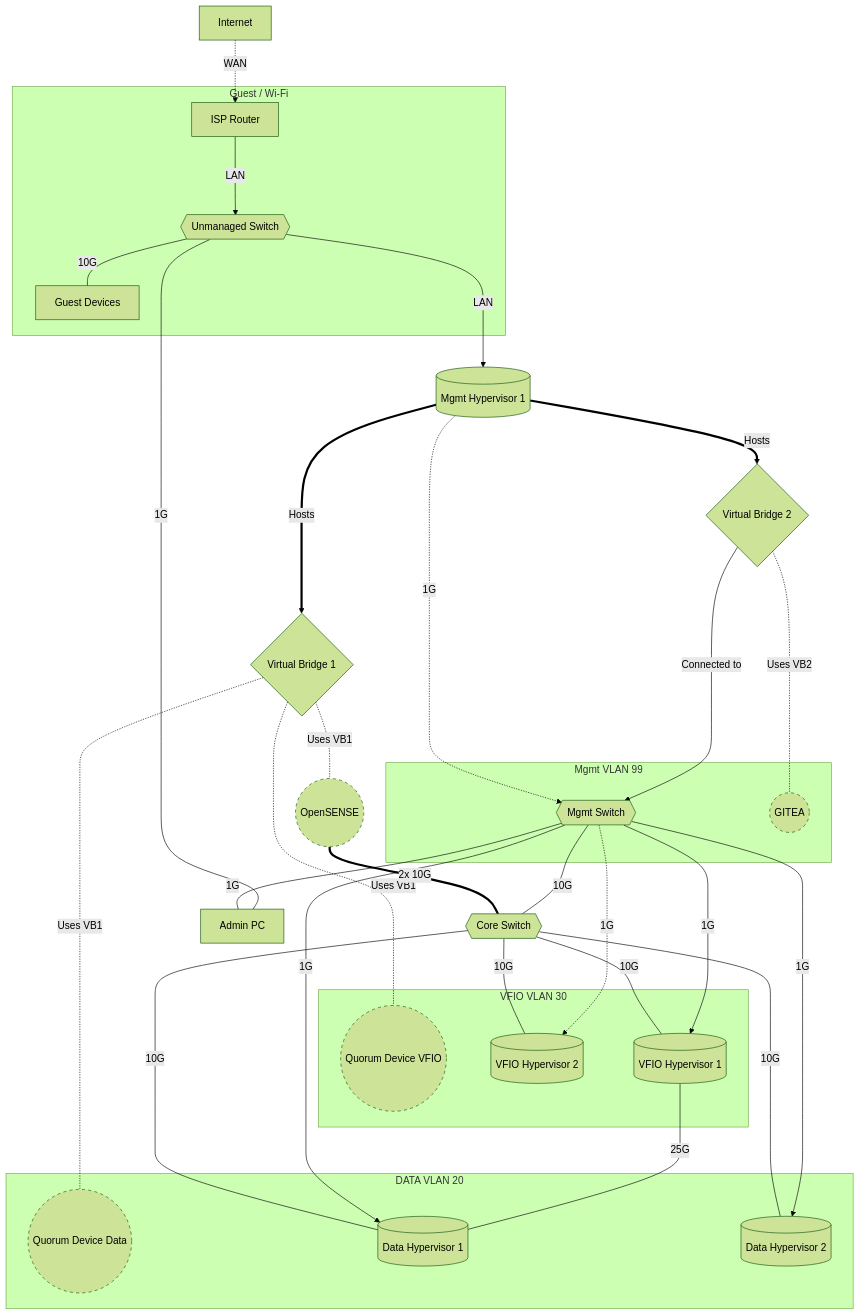
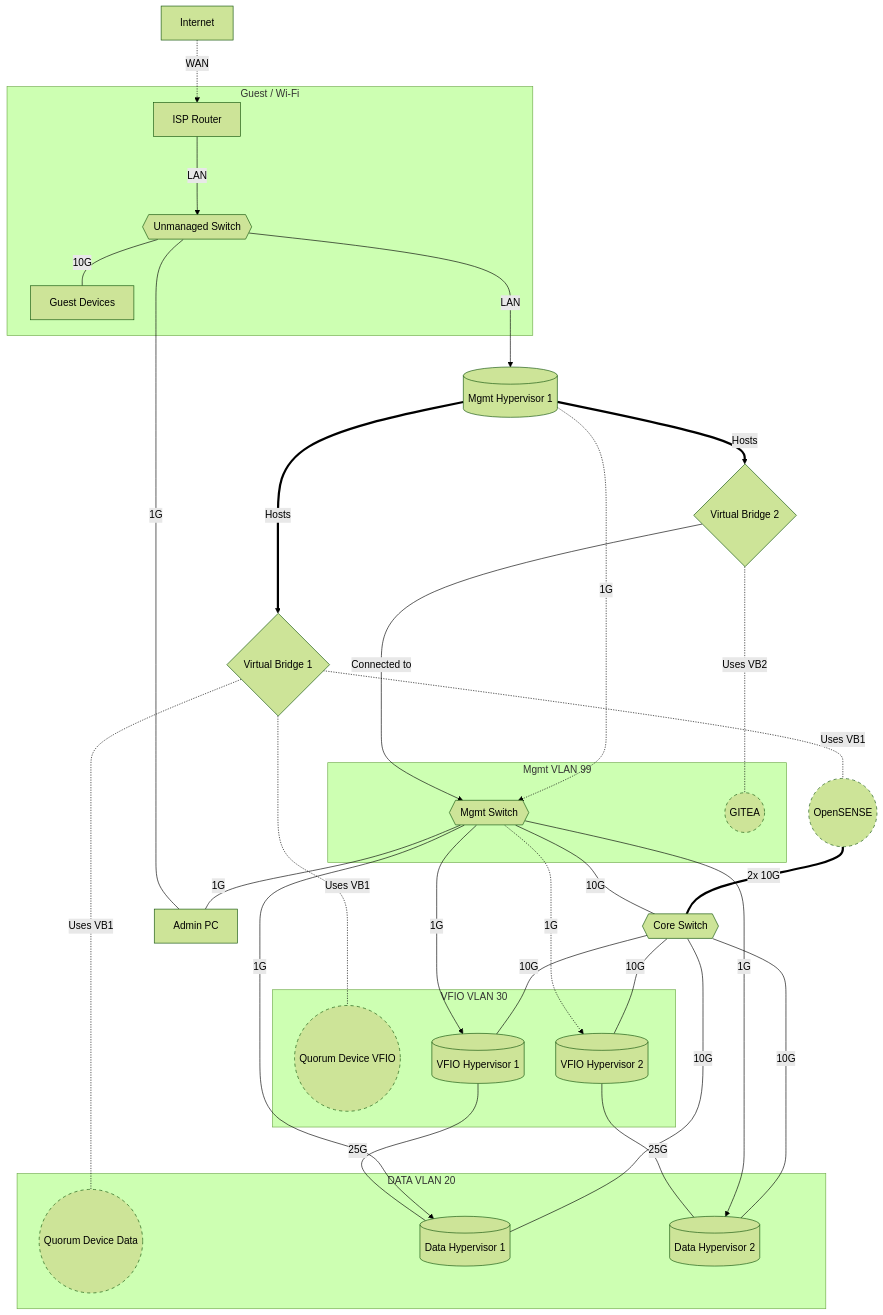
The diagram in alp/netop.md (woeiru/lab), drawn with Mermaid (forest theme) before and after one commit.

Commit message:
alp/netop.md: add 25G connection for VH2 to DH2

````diff
--- a/alp/netop.md
+++ b/alp/netop.md
@@ -3,49 +3,50 @@
 ```mermaid
 graph TD
     INT[Internet] -.-> |WAN| ISPR[ISP Router]
     ISPR ---> |LAN| US
     US{{Unmanaged Switch}} ---> |LAN| MH1
     VB1{Virtual Bridge 1} -.- |"Uses VB1"| QDV((Quorum Device VFIO))
     VB1 -.- |"Uses VB1"| QDD((Quorum Device Data))
     VB1 -.- |"Uses VB1"| OPN((OpenSENSE))
     OPN ===|"2x 10G"| CS{{Core Switch}}
     MH1[(Mgmt Hypervisor 1)] -.-> |"1G"| MS{{Mgmt Switch}}
     MS --- |"10G"| CS
     MS ---|"1G"| APC[Admin PC]
     APC ---|"1G"| US
     MH1 ==>|"Hosts"| VB1
     MH1 ==>|"Hosts"| VB2{Virtual Bridge 2}
     VB2 -.- |"Uses VB2"| GIT((GITEA))
     VB2 ---> |"Connected to"| MS
     CS ---|"10G"| VH2[(VFIO Hypervisor 2)]
     MS -.->|"1G"| VH2
     US ---|"10G"| GD[Guest Devices]
     CS ---|"10G"| VH1[(VFIO Hypervisor 1)]
     MS --->|"1G"| VH1
     CS ---|"10G"| DH1[(Data Hypervisor 1)]
     MS --->|"1G"| DH1
     CS ---|"10G"| DH2[(Data Hypervisor 2)]
     MS --->|"1G"| DH2
     VH1 ---|"25G"| DH1
+    VH2 ---|"25G"| DH2
     subgraph VLAN20 [DATA VLAN 20]
         DH1
         DH2
         QDD
     end
     subgraph VLAN30 [VFIO VLAN 30]
         VH1
         VH2
         QDV
     end
     subgraph VLAN99 [Mgmt VLAN 99]
         MS
         GIT
     end
     subgraph Guest [Guest / Wi-Fi]
         ISPR
         GD
         US
     end
     classDef punctuated stroke-dasharray: 5 5;
     class GIT,QDV,QDD,OPN punctuated;
 ```
````
